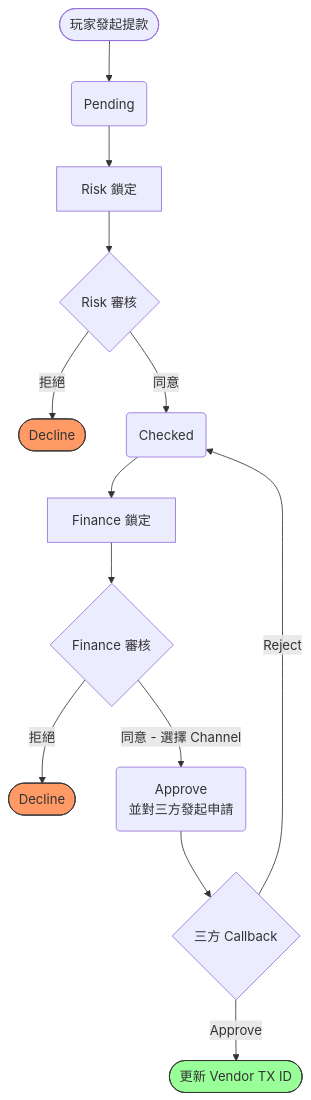
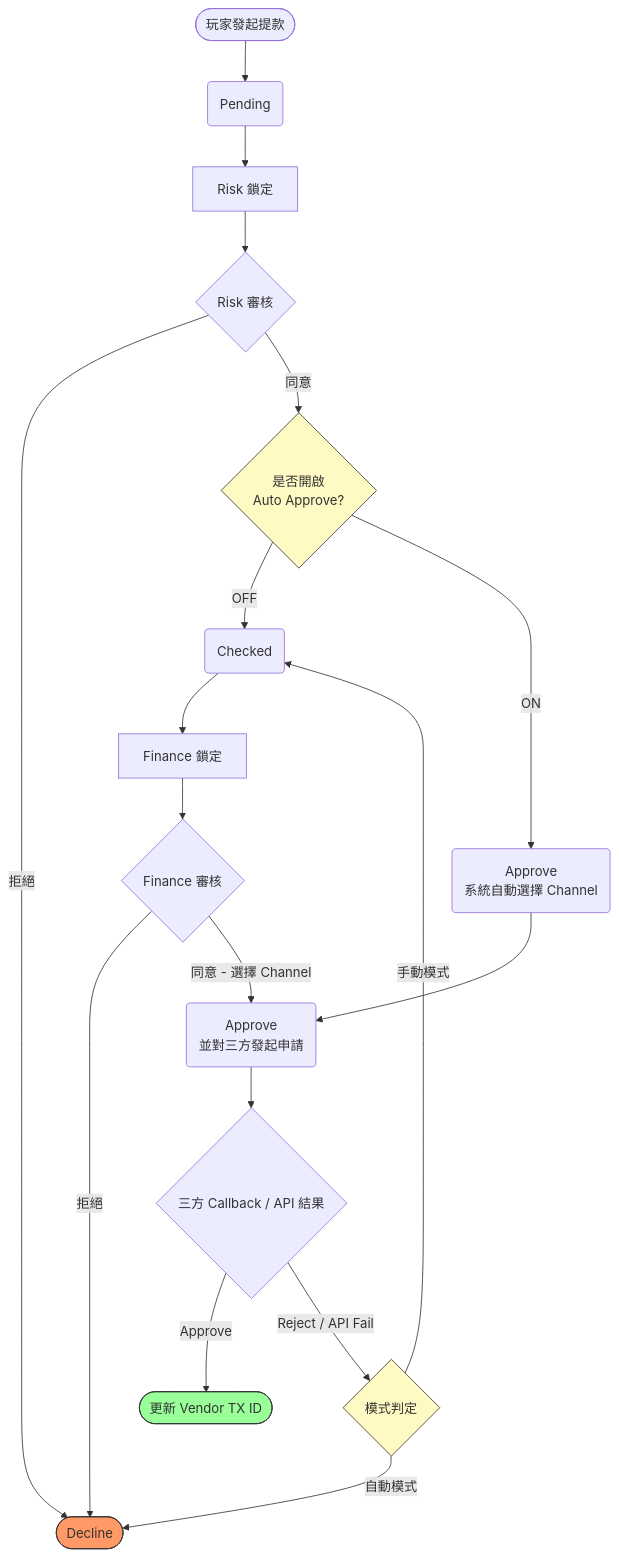
The diagram in no99_archive/sitflowchart.md (almightyken0425/SuSuGiGiSpec), drawn with Mermaid before and after one commit. The commit also changed other lines of this file, not shown here.

````diff
--- a/no99_archive/sitflowchart.md
+++ b/no99_archive/sitflowchart.md
@@ -29,24 +26,39 @@
 ```mermaid
 graph TD
-    %% 定義節點
+    %% 初始步驟
     Start([玩家發起提款]) --> Pending(Pending)
-    
     Pending --> Risk_Lock[Risk 鎖定]
     Risk_Lock --> Risk_Action{Risk 審核}
-    Risk_Action -- 拒絕 --> Decline1([Decline])
-    Risk_Action -- 同意 --> Checked(Checked)
     
+    %% Risk 拒絕
+    Risk_Action -- 拒絕 --> Decline_Final([Decline])
+    
+    %% Risk 同意後檢查
+    Risk_Action -- 同意 --> Check_Auto{是否開啟<br/>Auto Approve?}
+    
+    %% 分支 1: 手動財務審核
+    Check_Auto -- OFF --> Checked(Checked)
     Checked --> Finance_Lock[Finance 鎖定]
     Finance_Lock --> Finance_Action{Finance 審核}
-    Finance_Action -- 拒絕 --> Decline2([Decline])
-    Finance_Action -- 同意 - 選擇 Channel --> ApproveMan(Approve <br/>並對三方發起申請)
+    Finance_Action -- 拒絕 --> Decline_Final
+    Finance_Action -- 同意 - 選擇 Channel --> Approve_Request(Approve <br/>並對三方發起申請)
     
-    ApproveMan --> Callback{三方 Callback}
+    %% 分支 2: 自動財務審核
+    Check_Auto -- ON --> Approve_Auto_Flow(Approve <br/>系統自動選擇 Channel)
+    Approve_Auto_Flow --> Approve_Request
+    
+    %% 三方處理與回報
+    Approve_Request --> Callback{三方 Callback / API 結果}
     Callback -- Approve --> Success([更新 Vendor TX ID])
-    Callback -- Reject --> Checked
+    
+    %% 異常處理分支
+    Callback -- Reject / API Fail --> Fail_Branch{模式判定}
+    Fail_Branch -- 手動模式 --> Checked
+    Fail_Branch -- 自動模式 --> Decline_Final
 
     %% 樣式美化
-    style Decline1 fill:#f96,stroke:#333
-    style Decline2 fill:#f96,stroke:#333
+    style Decline_Final fill:#f96,stroke:#333
     style Success fill:#9f9,stroke:#333
+    style Check_Auto fill:#fff9c4,stroke:#333
+    style Fail_Branch fill:#fff9c4,stroke:#333
 ```
````
